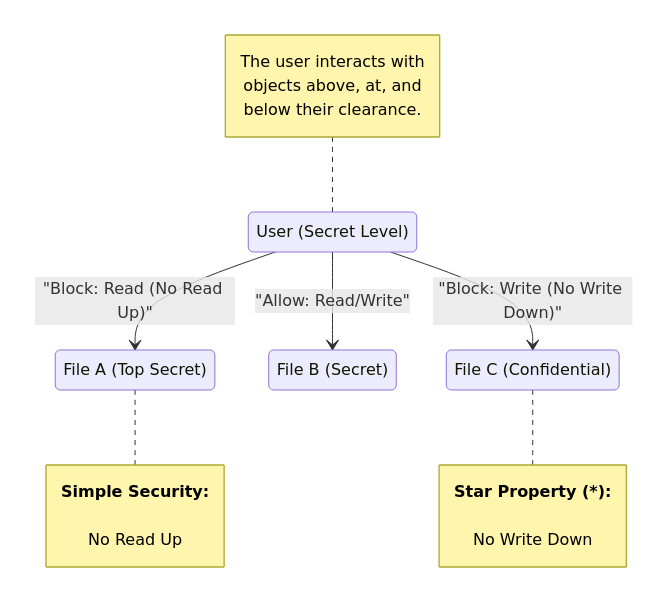
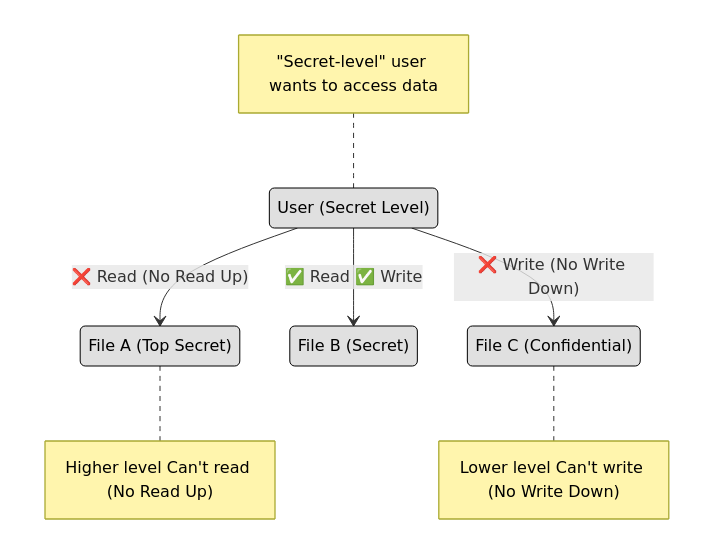
One commit to lorenzoleonelli/CISSP-Zero-to-Hero changed the ninth of 15 diagrams in DOMAIN3: Security Architecture and Engineering/3.02 Understand the fundamental concepts of security models (e.g. Biba, Star Model, Bell Lapadula).md. Above: the diagram before and after it, drawn with Mermaid. The commit also changed other lines of this file, not shown here.

Commit message:
Update 3.02 Understand the fundamental concepts of security models (e.g. Biba, Star Model, Bell Lapadula).md

````diff
--- a/DOMAIN3: Security Architecture and Engineering/3.02 Understand the fundamental concepts of security models (e.g. Biba, Star Model, Bell Lapadula).md
+++ b/DOMAIN3: Security Architecture and Engineering/3.02 Understand the fundamental concepts of security models (e.g. Biba, Star Model, Bell Lapadula).md
@@ -302,30 +250,30 @@
 ```mermaid
 
 stateDiagram-v2
     direction TB
 
     state "User (Secret Level)" as User
     state "File A (Top Secret)" as FileTS
     state "File B (Secret)" as FileS
     state "File C (Confidential)" as FileC
 
-    User --> FileTS : "Block: Read (No Read Up)"
-    User --> FileS : "Allow: Read/Write"
-    User --> FileC : "Block: Write (No Write Down)"
+    User --> FileTS : ❌ Read (No Read Up)
+    User --> FileS : ✅ Read ✅ Write
+    User --> FileC : ❌ Write (No Write Down)
 
     note right of FileTS
-        <b>Simple Security:</b>
-        <br/>No Read Up
+      Higher level Can't read (No Read Up)
     end note
 
     note right of FileC
-        <b>Star Property (*):</b>
-        <br/>No Write Down
+      Lower level Can't write (No Write Down)
     end note
 
     note left of User
-        The user interacts with 
-        objects above, at, and 
-        below their clearance.
+      "Secret-level" user wants to access data
     end note
+
+
+    classDef center fill:#ffffff,color:#000000,stroke:#000000,stroke-width:1px,font-weight:bold
+    classDef node fill:#e0e0e0,color:#000000,stroke:#000000,stroke-width:1px
 ```
````
